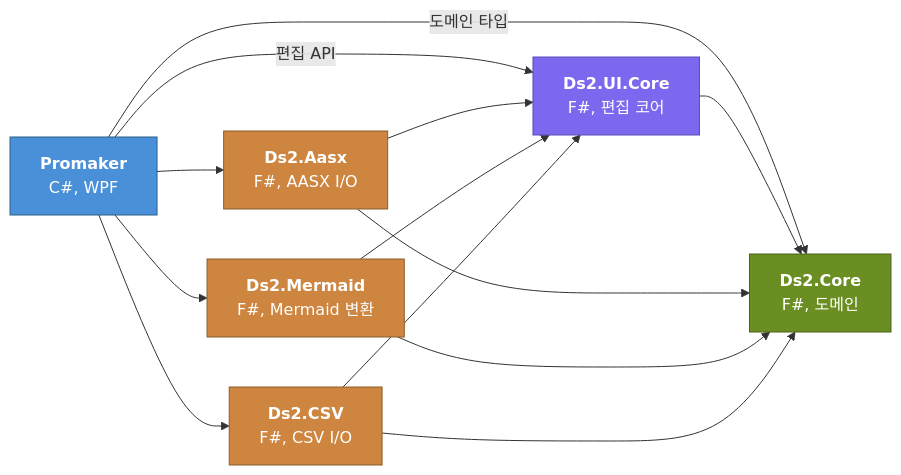
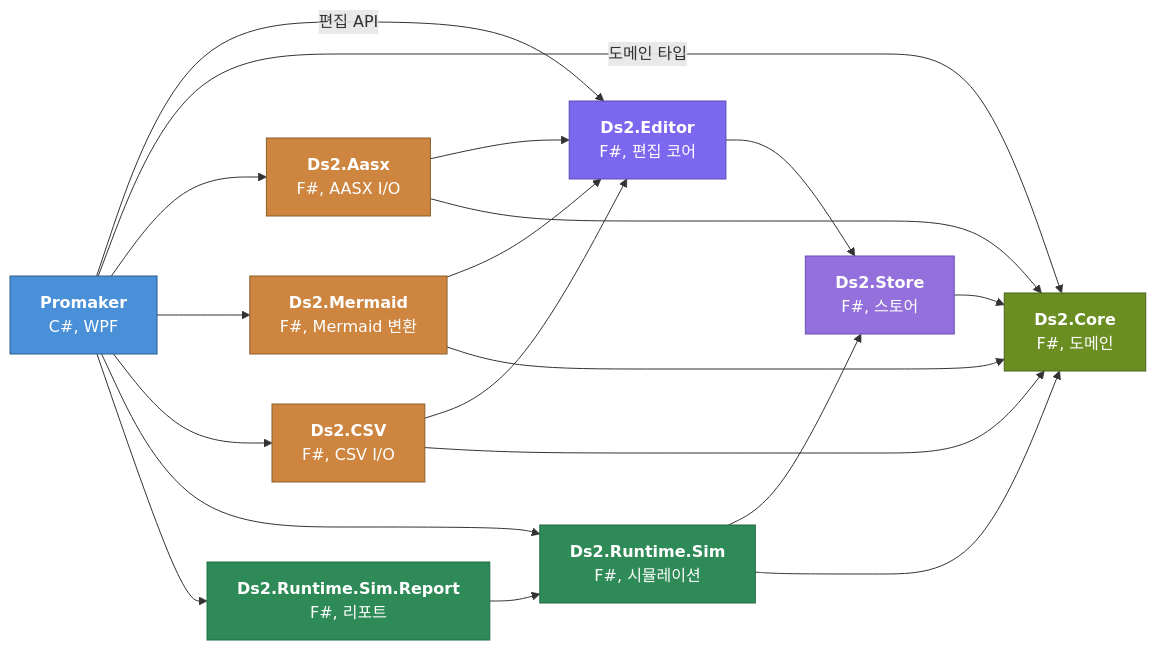
One commit to DualsoftDev/ds2 changed the third of 7 diagrams in README.md. Above: the diagram before and after it, drawn with Mermaid. The commit also changed other lines of this file and 5 other files, not shown here.

````diff
--- a/README.md
+++ b/README.md
@@ -71,29 +80,41 @@
 ```mermaid
 graph LR
   PM["<b>Promaker</b><br/>C#, WPF"]
-  UIC["<b>Ds2.UI.Core</b><br/>F#, 편집 코어"]
+  EDI["<b>Ds2.Editor</b><br/>F#, 편집 코어"]
+  STO["<b>Ds2.Store</b><br/>F#, 스토어"]
   CORE["<b>Ds2.Core</b><br/>F#, 도메인"]
   AASX["<b>Ds2.Aasx</b><br/>F#, AASX I/O"]
   MER["<b>Ds2.Mermaid</b><br/>F#, Mermaid 변환"]
   CSV["<b>Ds2.CSV</b><br/>F#, CSV I/O"]
+  SIM["<b>Ds2.Runtime.Sim</b><br/>F#, 시뮬레이션"]
+  RPT["<b>Ds2.Runtime.Sim.Report</b><br/>F#, 리포트"]
 
-  PM -->|편집 API| UIC
+  PM -->|편집 API| EDI
   PM -->|도메인 타입| CORE
   PM --> AASX
   PM --> MER
   PM --> CSV
-  UIC --> CORE
-  AASX --> UIC
+  PM --> SIM
+  PM --> RPT
+  EDI --> STO
+  STO --> CORE
+  AASX --> EDI
   AASX --> CORE
-  MER --> UIC
+  MER --> EDI
   MER --> CORE
-  CSV --> UIC
+  CSV --> EDI
   CSV --> CORE
+  SIM --> STO
+  SIM --> CORE
+  RPT --> SIM
 
   style PM fill:#4a90d9,color:#fff,stroke:#2c5f8a
-  style UIC fill:#7b68ee,color:#fff,stroke:#5a4db5
+  style EDI fill:#7b68ee,color:#fff,stroke:#5a4db5
+  style STO fill:#9370db,color:#fff,stroke:#6a4db5
   style CORE fill:#6b8e23,color:#fff,stroke:#4a6319
   style AASX fill:#cd853f,color:#fff,stroke:#8b5e2b
   style MER fill:#cd853f,color:#fff,stroke:#8b5e2b
   style CSV fill:#cd853f,color:#fff,stroke:#8b5e2b
+  style SIM fill:#2e8b57,color:#fff,stroke:#1e6b47
+  style RPT fill:#2e8b57,color:#fff,stroke:#1e6b47
 ```
````
